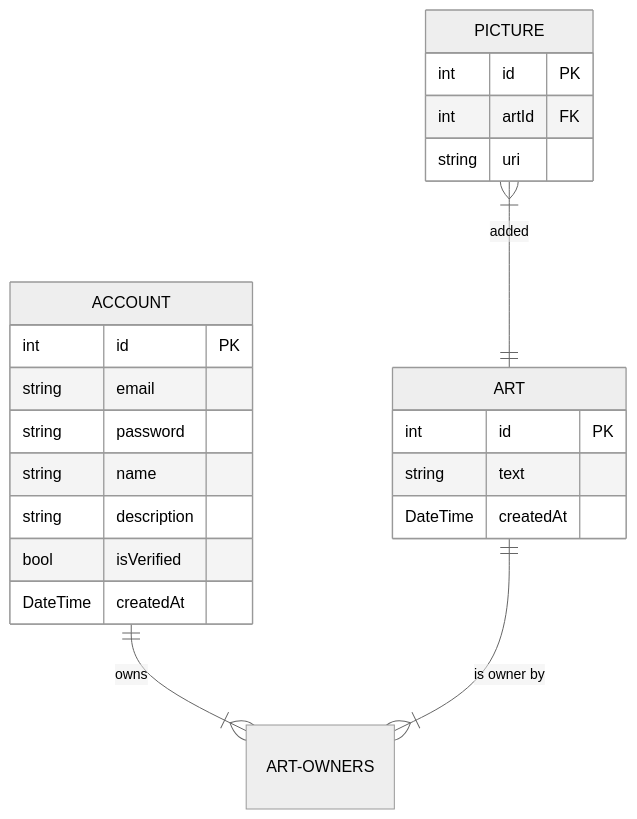
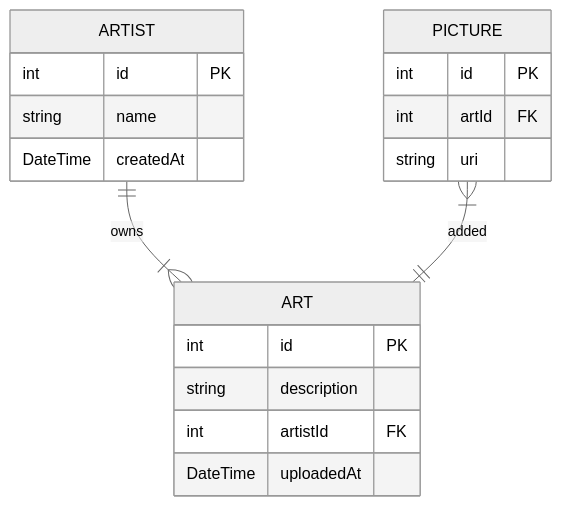
Before and after one commit to Laefye/neospiartion: the diagram in README.md, drawn with Mermaid (neutral theme). The commit also changed other lines of this file, not shown here.

Commit message:
Actualize Markdown

````diff
--- a/README.md
+++ b/README.md
@@ -19,26 +18,21 @@
 ```mermaid
 erDiagram
-    ACCOUNT ||--|{ ART-OWNERS : "owns"
-    ACCOUNT {
+    ARTIST ||--|{ ART : "owns"
+    ARTIST {
         int id PK
-        string email
-        string password
         string name
-        string description
-        bool isVerified
         DateTime createdAt
     }
-    ART ||--|{ ART-OWNERS : "is owner by"
     ART {
         int id PK
-        string text
-        DateTime createdAt
+        string description
+        int artistId FK
+        DateTime uploadedAt
     }
     PICTURE }|--|| ART : added
     PICTURE {
         int id PK
         int artId FK
         string uri
-
     }
 ```
````
